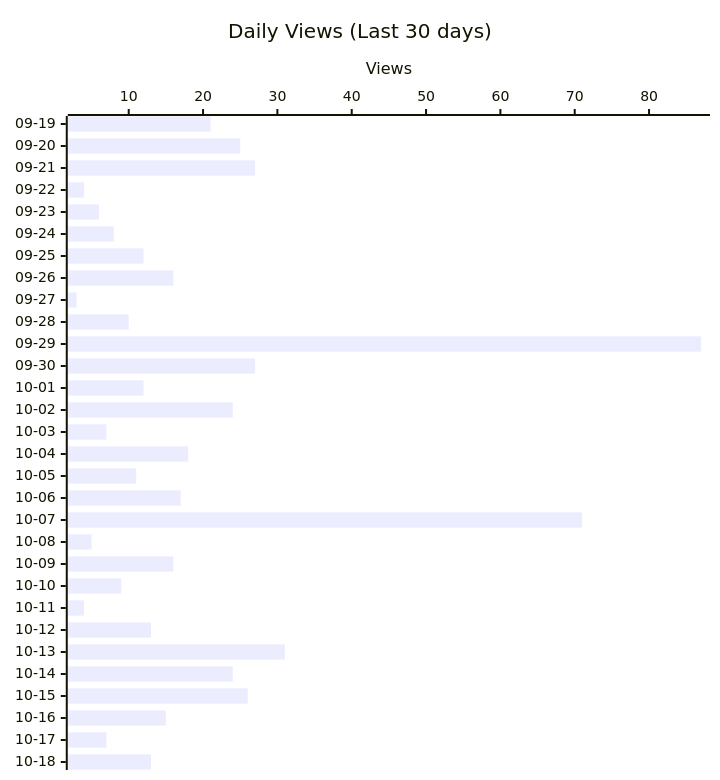
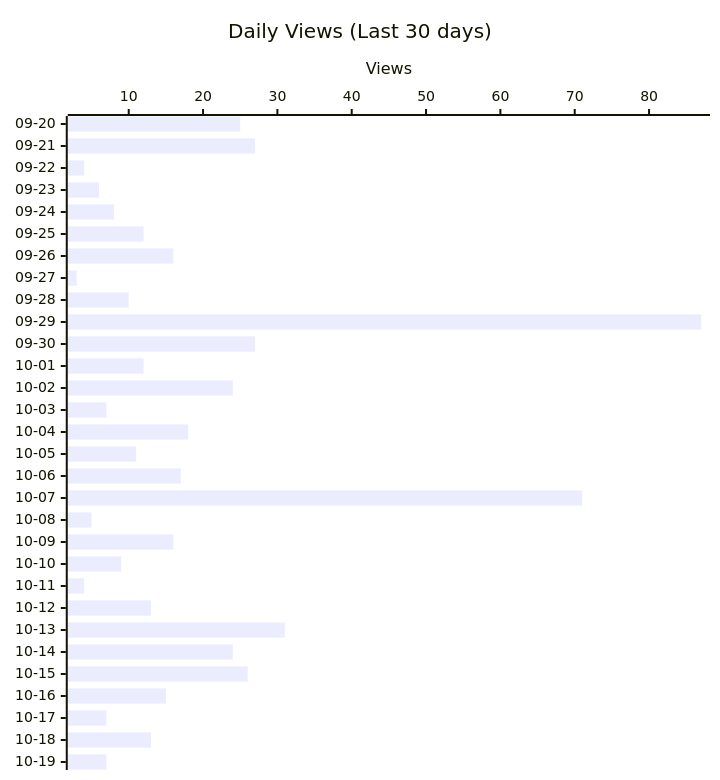
Before and after one commit to shigechika/github-insights: the second of 4 diagrams in README.md, drawn with Mermaid. The commit also changed other lines of this file and 2 other files, not shown here.

````diff
--- a/README.md
+++ b/README.md
@@ -28,12 +28,12 @@
 ```mermaid
 ---
 config:
   xyChart:
     height: 760
 ---
 xychart-beta horizontal
     title "Daily Views (Last 30 days)"
-    x-axis ["09-19", "09-20", "09-21", "09-22", "09-23", "09-24", "09-25", "09-26", "09-27", "09-28", "09-29", "09-30", "10-01", "10-02", "10-03", "10-04", "10-05", "10-06", "10-07", "10-08", "10-09", "10-10", "10-11", "10-12", "10-13", "10-14", "10-15", "10-16", "10-17", "10-18"]
+    x-axis ["09-20", "09-21", "09-22", "09-23", "09-24", "09-25", "09-26", "09-27", "09-28", "09-29", "09-30", "10-01", "10-02", "10-03", "10-04", "10-05", "10-06", "10-07", "10-08", "10-09", "10-10", "10-11", "10-12", "10-13", "10-14", "10-15", "10-16", "10-17", "10-18", "10-19"]
     y-axis "Views"
-    bar [21, 25, 27, 4, 6, 8, 12, 16, 3, 10, 87, 27, 12, 24, 7, 18, 11, 17, 71, 5, 16, 9, 4, 13, 31, 24, 26, 15, 7, 13]
+    bar [25, 27, 4, 6, 8, 12, 16, 3, 10, 87, 27, 12, 24, 7, 18, 11, 17, 71, 5, 16, 9, 4, 13, 31, 24, 26, 15, 7, 13, 7]
 ```
````
